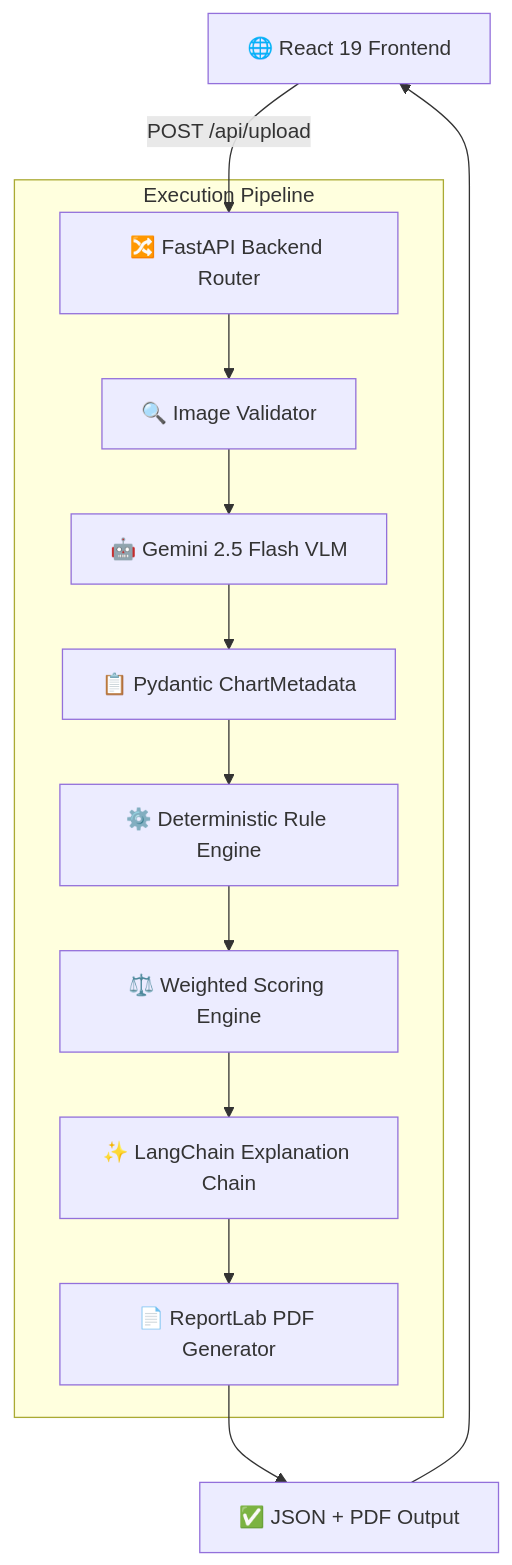
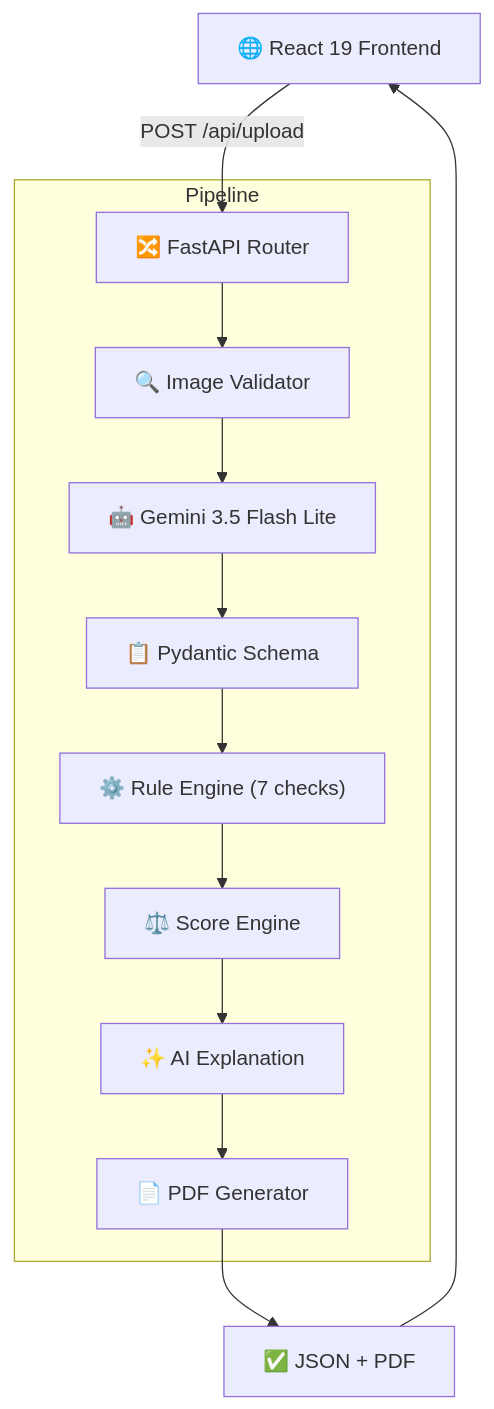
One commit to mansi-wagh/ChartLie_Detector-AI changed the first of 2 diagrams in README.md. Above: the diagram before and after it, drawn with Mermaid. The commit also changed other lines of this file and 11 other files, not shown here.

````diff
--- a/README.md
+++ b/README.md
@@ -98,17 +93,17 @@
 ```mermaid
 graph TD
-    UI["🌐 React 19 Frontend"] -->|POST /api/upload| API["🔀 FastAPI Backend Router"]
+    UI["🌐 React 19 Frontend"] -->|POST /api/upload| API["🔀 FastAPI Router"]
     
-    subgraph Execution Pipeline
+    subgraph Pipeline
         API --> VAL["🔍 Image Validator"]
-        VAL --> VLM["🤖 Gemini 2.5 Flash VLM"]
-        VLM --> META["📋 Pydantic ChartMetadata"]
-        META --> RULE["⚙️ Deterministic Rule Engine"]
-        RULE --> SCORE["⚖️ Weighted Scoring Engine"]
-        SCORE --> AI["✨ LangChain Explanation Chain"]
-        AI --> PDF["📄 ReportLab PDF Generator"]
+        VAL --> VLM["🤖 Gemini 3.5 Flash Lite"]
+        VLM --> META["📋 Pydantic Schema"]
+        META --> RULE["⚙️ Rule Engine (7 checks)"]
+        RULE --> SCORE["⚖️ Score Engine"]
+        SCORE --> AI["✨ AI Explanation"]
+        AI --> PDF["📄 PDF Generator"]
     end
     
-    PDF --> RES["✅ JSON + PDF Output"]
+    PDF --> RES["✅ JSON + PDF"]
     RES --> UI
 ```
````
